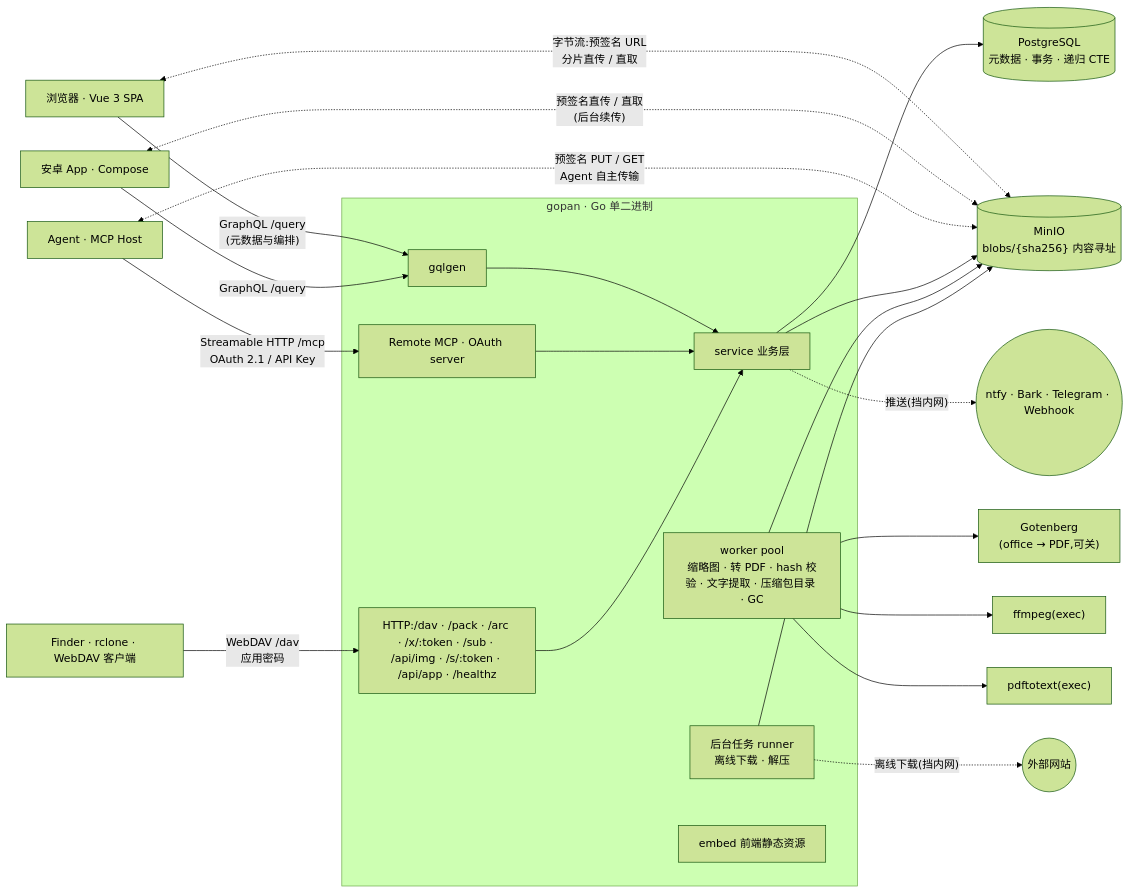
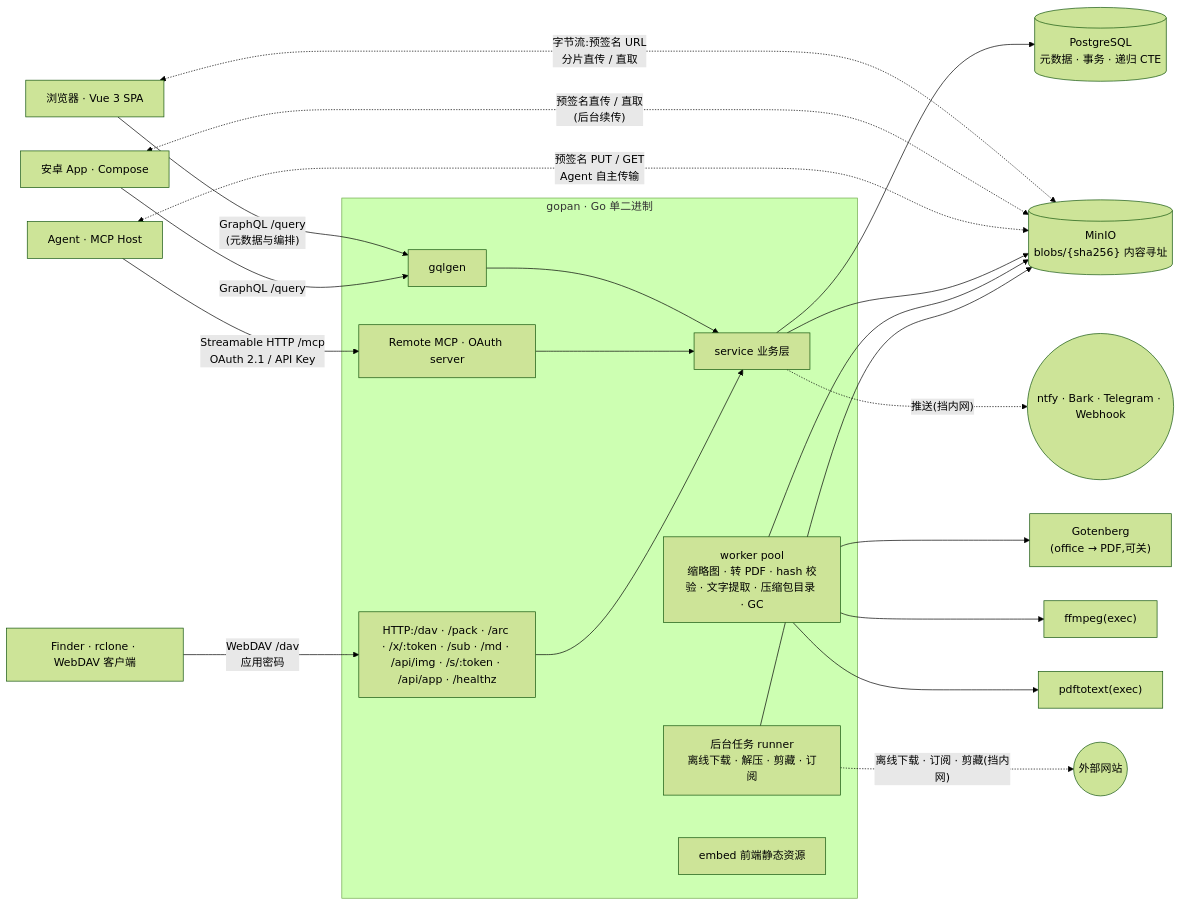
One commit to yophon/gopan changed the diagram in README.md. Above: the diagram before and after it, drawn with Mermaid (forest theme). The commit also changed other lines of this file and 6 other files, not shown here.

````diff
--- a/README.md
+++ b/README.md
@@ -26,30 +26,30 @@
 ```mermaid
 flowchart LR
     Browser["浏览器 · Vue 3 SPA"]
     Browser -- "GraphQL /query<br/>(元数据与编排)" --> GQL
     Browser <-. "字节流:预签名 URL<br/>分片直传 / 直取" .-> MinIO
     Android["安卓 App · Compose"] -- "GraphQL /query" --> GQL
     Android <-. "预签名直传 / 直取<br/>(后台续传)" .-> MinIO
     Agent["Agent · MCP Host"] -- "Streamable HTTP /mcp<br/>OAuth 2.1 / API Key" --> MCP
     Agent <-. "预签名 PUT / GET<br/>Agent 自主传输" .-> MinIO
     DAV["Finder · rclone · WebDAV 客户端"] -- "WebDAV /dav<br/>应用密码" --> REST
 
     subgraph Gopan["gopan · Go 单二进制"]
         GQL["gqlgen"] --> Service["service 业务层"]
         MCP["Remote MCP · OAuth server"] --> Service
-        REST["HTTP:/dav · /pack · /arc · /x/:token · /sub · /api/img · /s/:token · /api/app · /healthz"] --> Service
+        REST["HTTP:/dav · /pack · /arc · /x/:token · /sub · /md · /api/img · /s/:token · /api/app · /healthz"] --> Service
         Worker["worker pool<br/>缩略图 · 转 PDF · hash 校验 · 文字提取 · 压缩包目录 · GC"]
-        Jobs["后台任务 runner<br/>离线下载 · 解压"]
+        Jobs["后台任务 runner<br/>离线下载 · 解压 · 剪藏 · 订阅"]
         Embed["embed 前端静态资源"]
     end
 
     Service --> PG[("PostgreSQL<br/>元数据 · 事务 · 递归 CTE")]
     Service --> MinIO[("MinIO<br/>blobs/{sha256} 内容寻址")]
     Worker --> MinIO
     Worker --> GT["Gotenberg<br/>(office → PDF,可关)"]
     Worker --> FF["ffmpeg(exec)"]
     Worker --> PT["pdftotext(exec)"]
     Jobs --> MinIO
-    Jobs -. "离线下载(挡内网)" .-> Web(("外部网站"))
+    Jobs -. "离线下载 · 订阅 · 剪藏(挡内网)" .-> Web(("外部网站"))
     Service -. "推送(挡内网)" .-> Push(("ntfy · Bark · Telegram · Webhook"))
 ```
````
